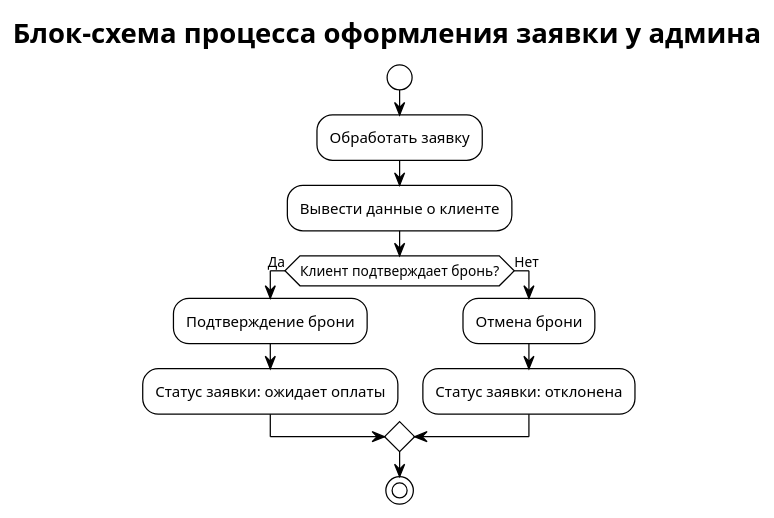
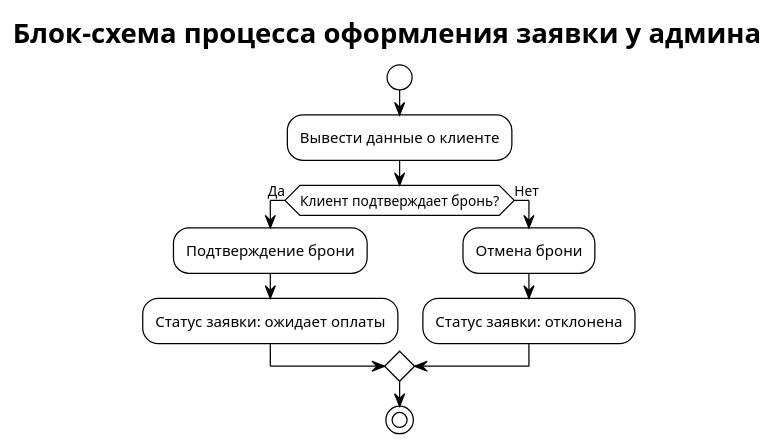
Before and after one commit to Darya-cute/gitExample: the diagram in docs/daiagrams/blockdiagrams_1.puml, drawn with PlantUML. The commit also changed 1 other file, not shown here.

```diff
--- a/docs/daiagrams/blockdiagrams_1.puml
+++ b/docs/daiagrams/blockdiagrams_1.puml
@@ -1,15 +1,14 @@
 @startuml
 !theme plain
 title Блок-схема процесса оформления заявки у админа
 start
-:Обработать заявку;
 :Вывести данные о клиенте;
 if (Клиент подтверждает бронь?) then (Да)
   :Подтверждение брони;
   :Статус заявки: ожидает оплаты;
 else (Нет)
   :Отмена брони;
   :Статус заявки: отклонена;
 endif
 stop
 @enduml
```
